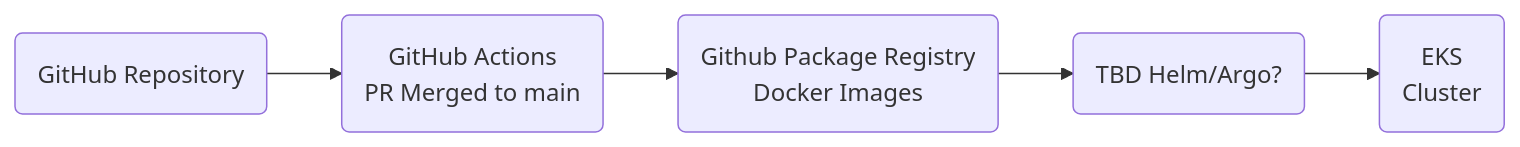
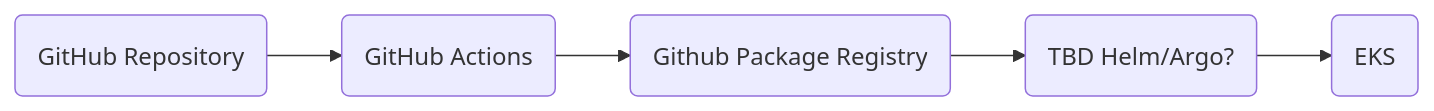
Before and after one commit to agile-learning-institute/mentorHub: the fifth of 5 diagrams in specifications/ARCHITECTURE.md, drawn with Mermaid. The commit also changed other lines of this file, not shown here.

Commit message:
fixed multi-line diagram errors

````diff
--- a/specifications/ARCHITECTURE.md
+++ b/specifications/ARCHITECTURE.md
@@ -164,11 +159,8 @@
 ```mermaid
 flowchart LR
     REPO(GitHub Repository)
-    --> CI(GitHub Actions
-            PR Merged to main) 
-    --> GPR(Github Package Registry
-            Docker Images)
+    --> CI(GitHub Actions) 
+    --> GPR(Github Package Registry)
     --> Next(TBD Helm/Argo?)
-    --> K8S(EKS
-            Cluster)
+    --> K8S(EKS)
 ```
````
